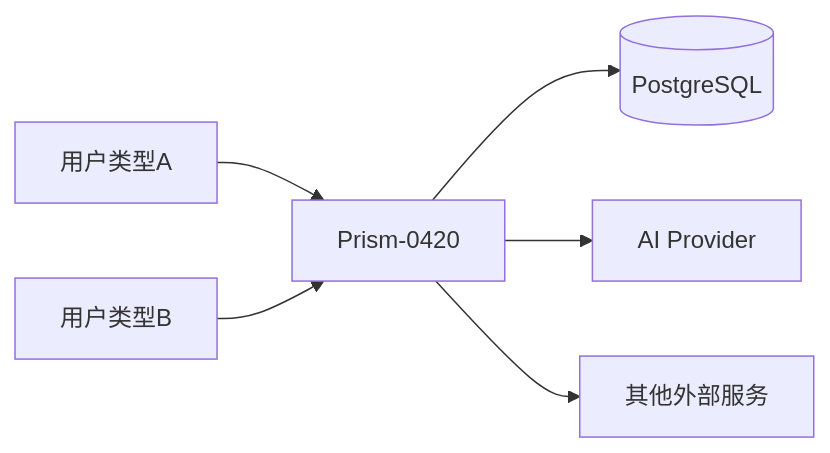
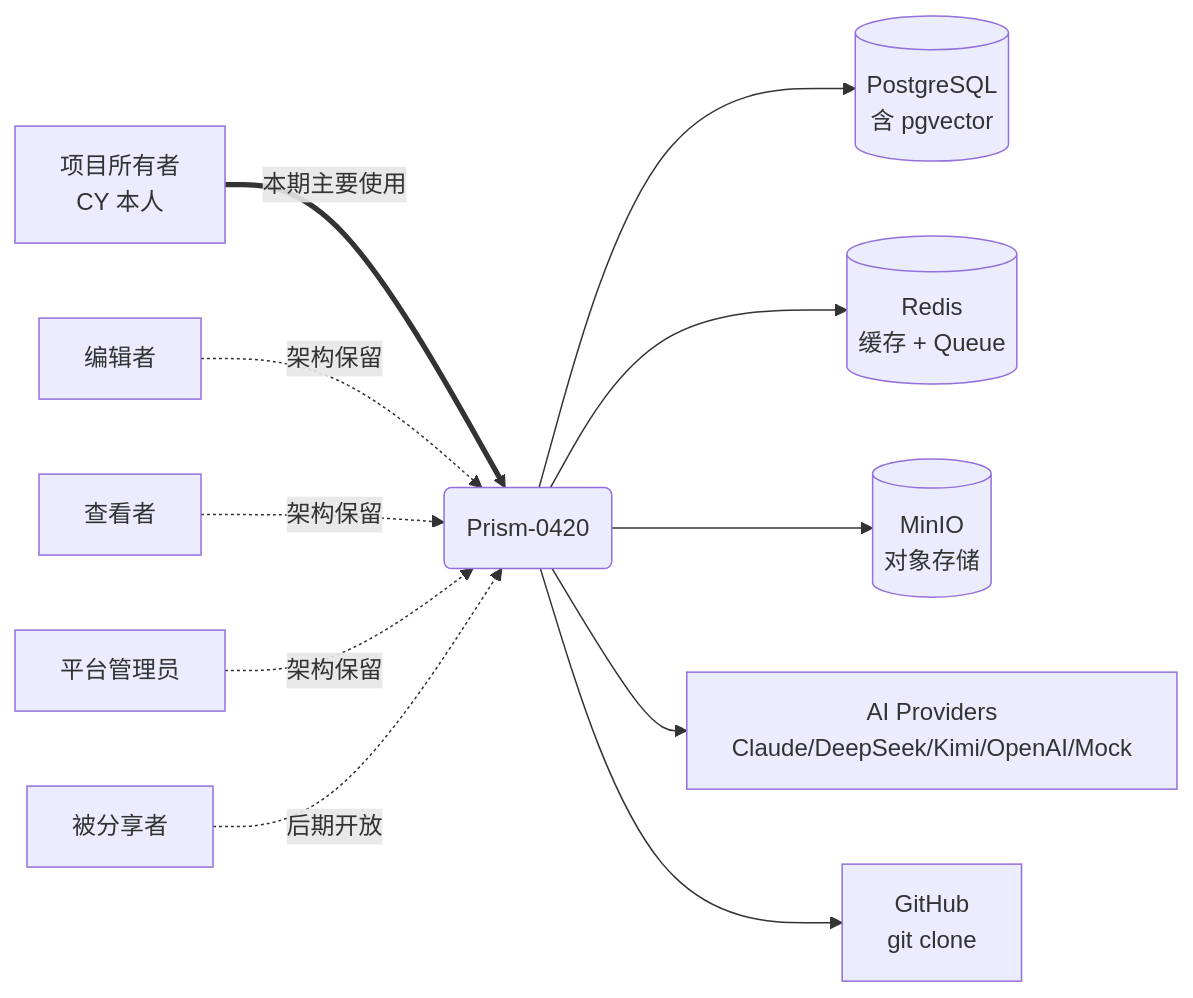
Before and after one commit to CY1005/prism-0420: the diagram in design/00-architecture/02-context-diagram.md, drawn with Mermaid. The commit also changed other lines of this file and 2 other files, not shown here.

First line of the commit message:
docs(arch): PRD 补充触发方式 + 系统边界图定稿

````diff
--- a/design/00-architecture/02-context-diagram.md
+++ b/design/00-architecture/02-context-diagram.md
@@ -36,8 +46,28 @@
 ```mermaid
 graph LR
-    User1[用户类型A] --> System[Prism-0420]
-    User2[用户类型B] --> System
-    System --> DB[(PostgreSQL)]
-    System --> AI[AI Provider]
-    System --> Other[其他外部服务]
+    Owner[项目所有者<br/>CY 本人]
+    Editor[编辑者]
+    Viewer[查看者]
+    Admin[平台管理员]
+    Sharer[被分享者]
+
+    System(Prism-0420)
+
+    PG[(PostgreSQL<br/>含 pgvector)]
+    Redis[(Redis<br/>缓存 + Queue)]
+    MinIO[(MinIO<br/>对象存储)]
+    AI[AI Providers<br/>Claude/DeepSeek/Kimi/OpenAI/Mock]
+    GitHub[GitHub<br/>git clone]
+
+    Owner ==本期主要使用==> System
+    Editor -.架构保留.-> System
+    Viewer -.架构保留.-> System
+    Admin -.架构保留.-> System
+    Sharer -.后期开放.-> System
+
+    System --> PG
+    System --> Redis
+    System --> MinIO
+    System --> AI
+    System --> GitHub
 ```
````
